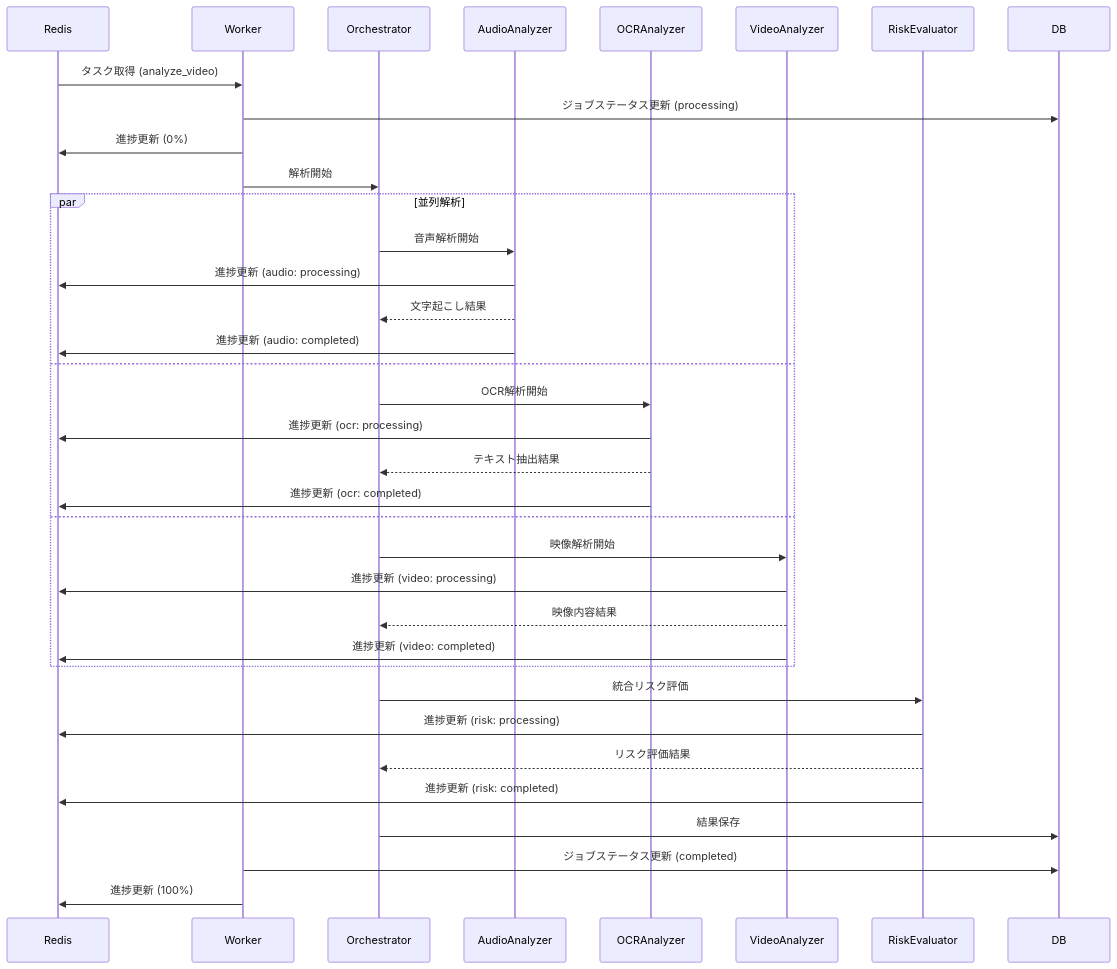
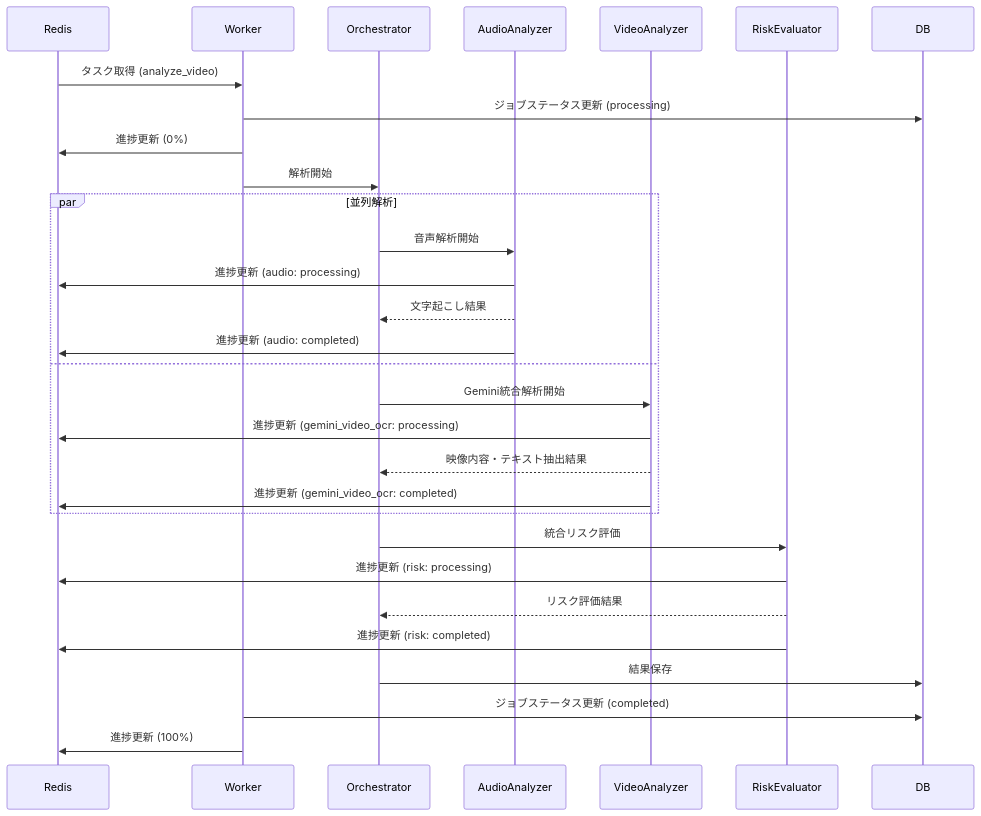
One commit to univac-1/risk-analyzer changed the fifth of 8 diagrams in .kiro/specs/video-risk-analyzer/design.md. Above: the diagram before and after it, drawn with Mermaid. The commit also changed other lines of this file and 1 other file, not shown here.

Commit message:
docs: Align design and tasks specs with Gemini native video architecture

````diff
--- a/.kiro/specs/video-risk-analyzer/design.md
+++ b/.kiro/specs/video-risk-analyzer/design.md
@@ -275,42 +266,36 @@
 ```mermaid
 sequenceDiagram
     participant Redis
     participant Worker
     participant Orchestrator
     participant AudioAnalyzer
-    participant OCRAnalyzer
     participant VideoAnalyzer
     participant RiskEvaluator
     participant DB
 
     Redis->>Worker: タスク取得 (analyze_video)
     Worker->>DB: ジョブステータス更新 (processing)
     Worker->>Redis: 進捗更新 (0%)
     Worker->>Orchestrator: 解析開始
 
     par 並列解析
         Orchestrator->>AudioAnalyzer: 音声解析開始
         AudioAnalyzer->>Redis: 進捗更新 (audio: processing)
         AudioAnalyzer-->>Orchestrator: 文字起こし結果
         AudioAnalyzer->>Redis: 進捗更新 (audio: completed)
     and
-        Orchestrator->>OCRAnalyzer: OCR解析開始
-        OCRAnalyzer->>Redis: 進捗更新 (ocr: processing)
-        OCRAnalyzer-->>Orchestrator: テキスト抽出結果
-        OCRAnalyzer->>Redis: 進捗更新 (ocr: completed)
-    and
-        Orchestrator->>VideoAnalyzer: 映像解析開始
-        VideoAnalyzer->>Redis: 進捗更新 (video: processing)
-        VideoAnalyzer-->>Orchestrator: 映像内容結果
-        VideoAnalyzer->>Redis: 進捗更新 (video: completed)
+        Orchestrator->>VideoAnalyzer: Gemini統合解析開始
+        VideoAnalyzer->>Redis: 進捗更新 (gemini_video_ocr: processing)
+        VideoAnalyzer-->>Orchestrator: 映像内容・テキスト抽出結果
+        VideoAnalyzer->>Redis: 進捗更新 (gemini_video_ocr: completed)
     end
 
     Orchestrator->>RiskEvaluator: 統合リスク評価
     RiskEvaluator->>Redis: 進捗更新 (risk: processing)
     RiskEvaluator-->>Orchestrator: リスク評価結果
     RiskEvaluator->>Redis: 進捗更新 (risk: completed)
 
     Orchestrator->>DB: 結果保存
     Worker->>DB: ジョブステータス更新 (completed)
     Worker->>Redis: 進捗更新 (100%)
 ```
````
